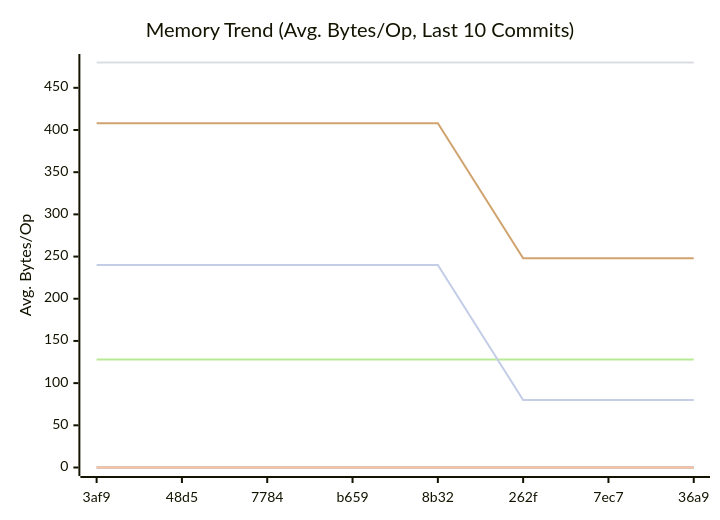
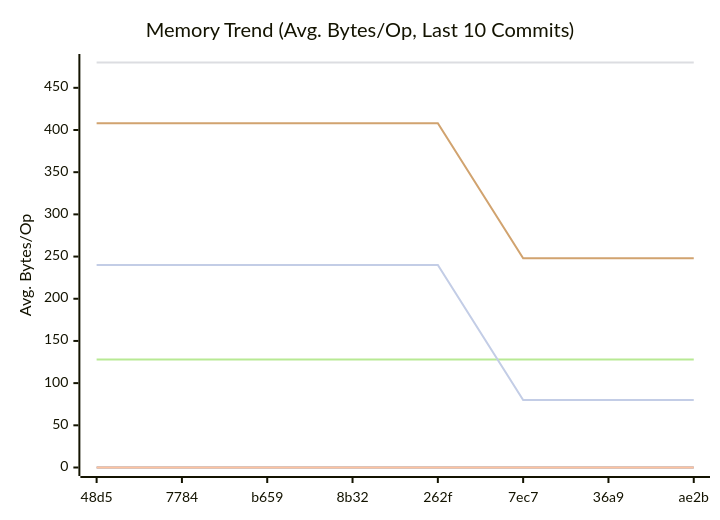
One commit to alsotoes/momo changed the second of 3 diagrams in doc/README.md. Above: the diagram before and after it, drawn with Mermaid. The commit also changed other lines of this file and 1 other file, not shown here.

````diff
--- a/doc/README.md
+++ b/doc/README.md
@@ -311,14 +311,14 @@
 ```mermaid
 xychart-beta
     title "Memory Trend (Avg. Bytes/Op, Last 10 Commits)"
     x-axis "Commit"
     y-axis "Avg. Bytes/Op"
-    x-axis [3af9,48d5,7784,b659,8b32,262f,7ec7,36a9]
+    x-axis [48d5,7784,b659,8b32,262f,7ec7,36a9,ae2b]
     line "CheckMetricsAndSwap" [0,0,0,0,0,0,0,0,0,0]
     line "IndexDirectTracking" [0,0,0,0,0,0,0,0,0,0]
     line "IndexSearch" [0,0,0,0,0,0,0,0,0,0]
     line "LoadGlobalConfig" [480,480,480,480,480,480,480,480,480,480]
     line "PadString" [128,128,128,128,128,128,128,128,128,128]
     line "ParseReplicationOrder_NoPrealloc" [408,408,408,408,408,248,248,248,248,248]
     line "ParseReplicationOrder_Prealloc" [240,240,240,240,240,80,80,80,80,80]
 ```
````
